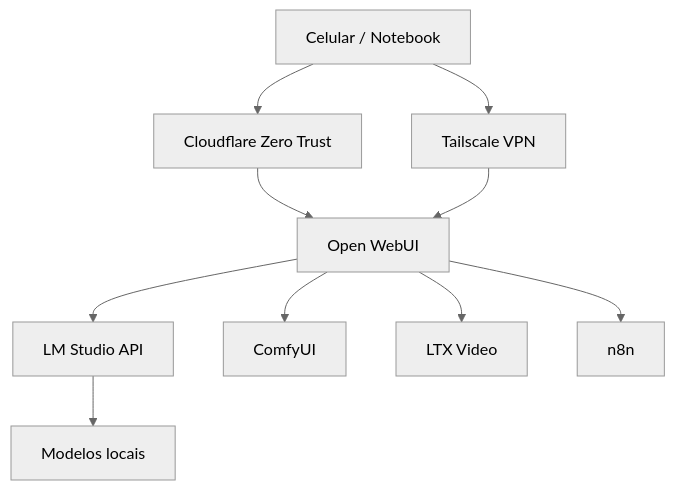
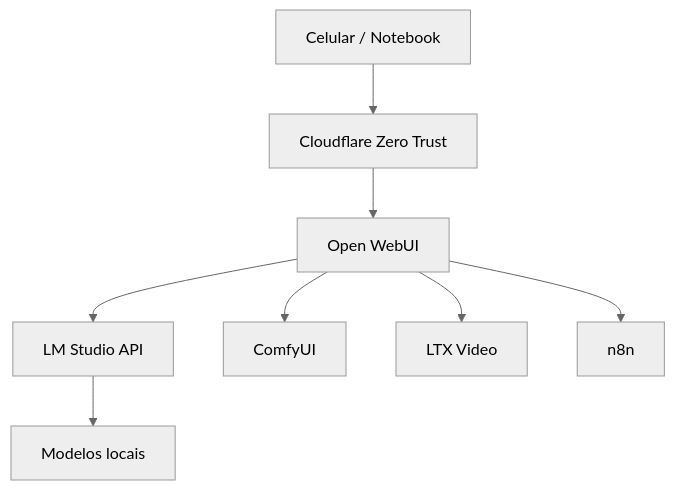
Before and after one commit to fabianobr/homelab-ai: the diagram in ARCHITECTURE.md, drawn with Mermaid (neutral theme). The commit also changed other lines of this file and 15 other files, not shown here.

````diff
--- a/ARCHITECTURE.md
+++ b/ARCHITECTURE.md
@@ -5,24 +5,21 @@
 ```mermaid
 flowchart TD
     User[Celular / Notebook]
     Cloudflare[Cloudflare Zero Trust]
-    Tailscale[Tailscale VPN]
     OpenWebUI[Open WebUI]
     LMStudio[LM Studio API]
     Models[Modelos locais]
     ComfyUI[ComfyUI]
     LTX[LTX Video]
     N8N[n8n]
 
     User --> Cloudflare
-    User --> Tailscale
     Cloudflare --> OpenWebUI
-    Tailscale --> OpenWebUI
 
     OpenWebUI --> LMStudio
     LMStudio --> Models
 
     OpenWebUI --> ComfyUI
     OpenWebUI --> LTX
     OpenWebUI --> N8N
 ```
````
